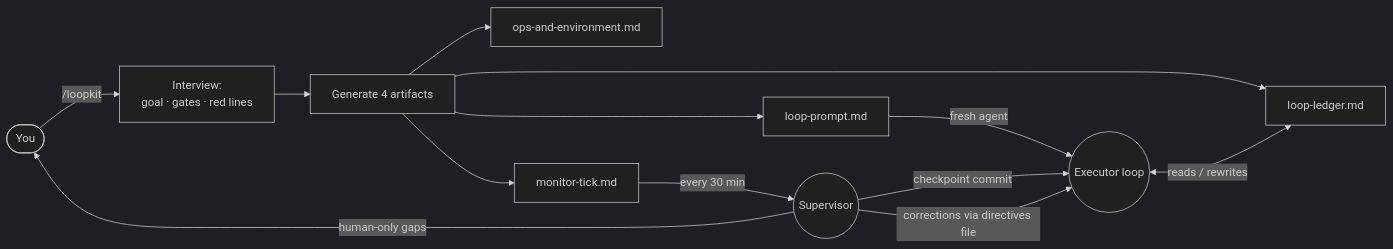
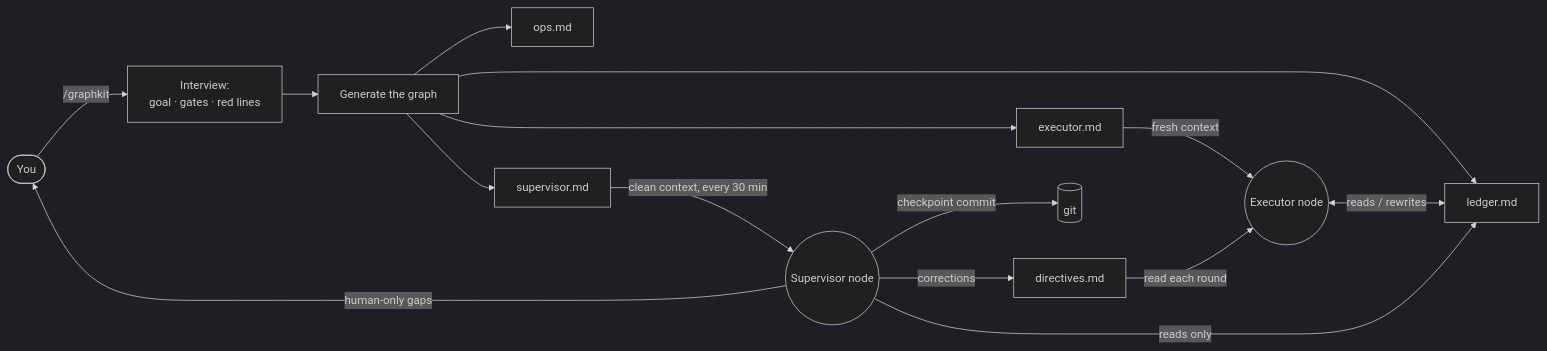
The diagram in README.md (levi-qiao/loopkit), drawn with Mermaid (dark theme) before and after one commit. The commit also changed other lines of this file and 17 other files, not shown here.

First line of the commit message:
refactor: rebrand loopkit -> graphkit; reframe loop paradigm as a graph of nodes

````diff
--- a/README.md
+++ b/README.md
@@ -43,15 +50,17 @@
 ```mermaid
 flowchart LR
-    U([You]) -->|"/loopkit"| I[Interview:<br/>goal · gates · red lines]
-    I --> G[Generate 4 artifacts]
-    G --> LP[loop-prompt.md]
-    G --> LG[loop-ledger.md]
-    G --> OPS[ops-and-environment.md]
-    G --> MON[monitor-tick.md]
-    LP -->|fresh agent| EX((Executor loop))
-    EX <-->|reads / rewrites| LG
-    MON -->|every 30 min| SV((Supervisor))
-    SV -->|checkpoint commit| EX
-    SV -->|corrections via directives file| EX
-    SV -->|human-only gaps| U
+    U([You]) -->|"/graphkit"| I[Interview:<br/>goal · gates · red lines]
+    I --> G[Generate the graph]
+    G --> EX[executor.md]
+    G --> LG[ledger.md]
+    G --> OPS[ops.md]
+    G --> SV[supervisor.md]
+    EX -->|fresh context| EXE((Executor node))
+    EXE <-->|reads / rewrites| LG
+    SV -->|clean context, every 30 min| SUP((Supervisor node))
+    SUP -->|reads only| LG
+    SUP -->|corrections| DIR[directives.md]
+    DIR -->|read each round| EXE
+    SUP -->|checkpoint commit| GIT[(git)]
+    SUP -->|human-only gaps| U
 ```
````
